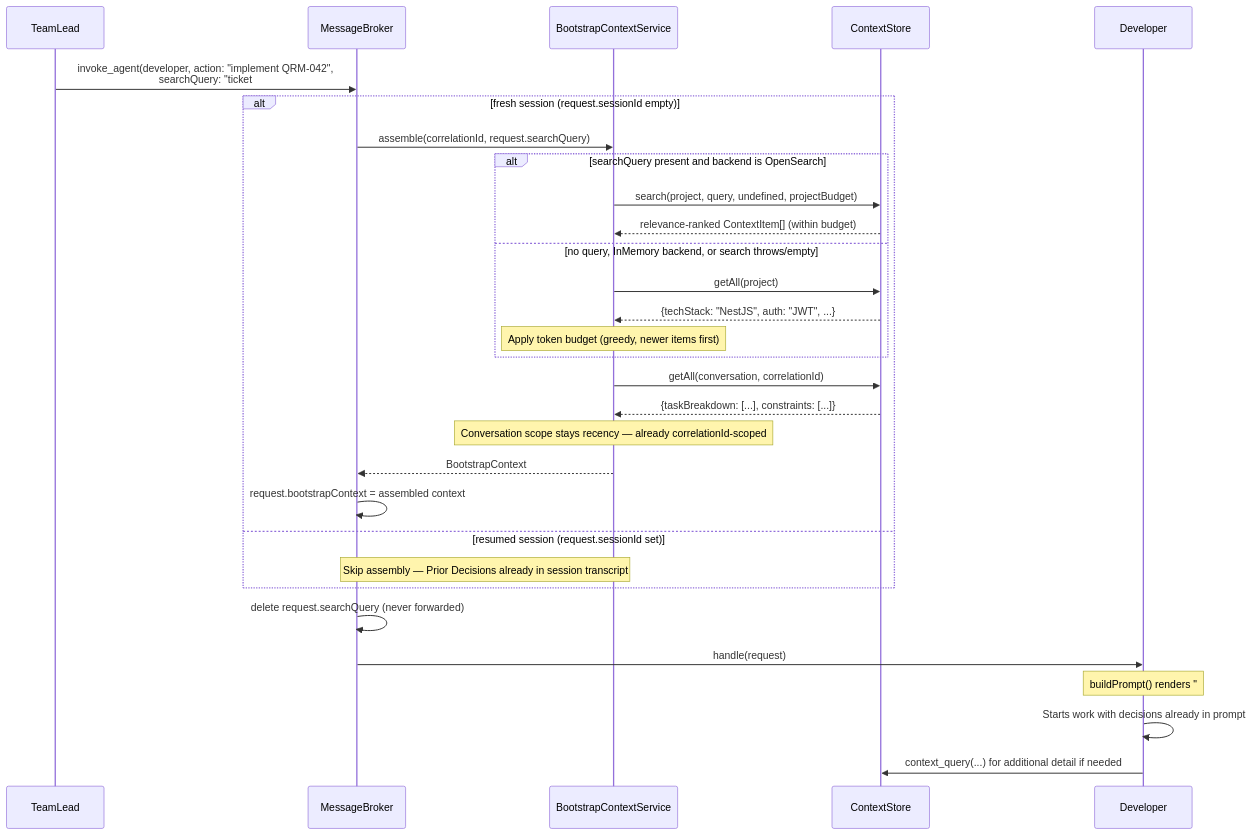
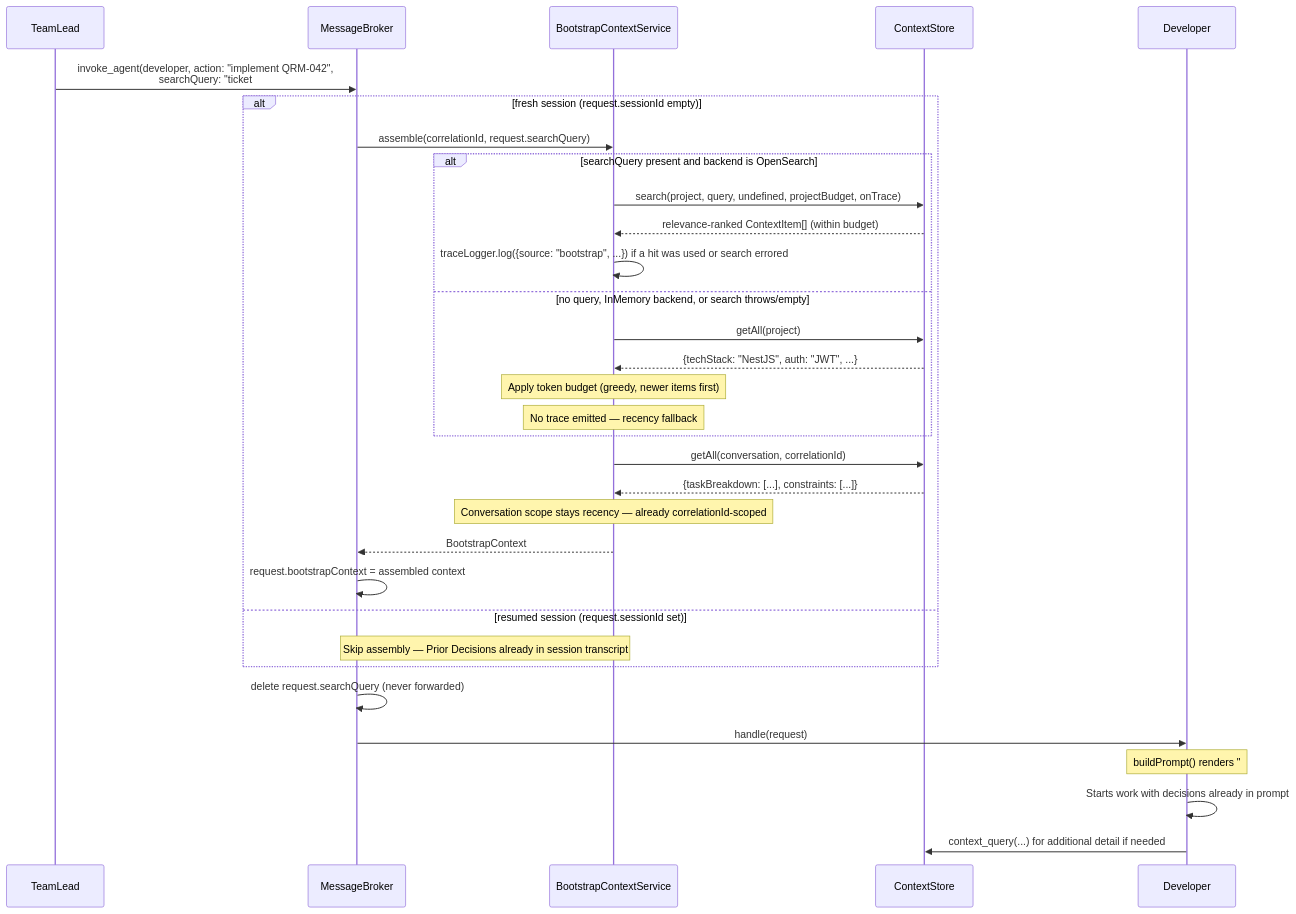
The fifth of 5 diagrams in docs/context-management.md (ia64mail/quorum), drawn with Mermaid before and after one commit. The commit also changed other lines of this file and 9 other files, not shown here.

First line of the commit message:
#70: implement bootstrap search observability — emit ContextSearchTrace with source discriminator

````diff
--- a/docs/context-management.md
+++ b/docs/context-management.md
@@ -318,37 +318,39 @@
 ```mermaid
 sequenceDiagram
     participant TL as TeamLead
     participant B as MessageBroker
     participant BCS as BootstrapContextService
     participant CS as ContextStore
     participant D as Developer
 
     TL->>B: invoke_agent(developer, action: "implement QRM-042",<br/>searchQuery: "ticket #42 ...")
 
     alt fresh session (request.sessionId empty)
         B->>BCS: assemble(correlationId, request.searchQuery)
         alt searchQuery present and backend is OpenSearch
-            BCS->>CS: search(project, query, undefined, projectBudget)
+            BCS->>CS: search(project, query, undefined, projectBudget, onTrace)
             CS-->>BCS: relevance-ranked ContextItem[] (within budget)
+            BCS->>BCS: traceLogger.log({source: "bootstrap", ...}) if a hit was used or search errored
         else no query, InMemory backend, or search throws/empty
             BCS->>CS: getAll(project)
             CS-->>BCS: {techStack: "NestJS", auth: "JWT", ...}
             Note over BCS: Apply token budget (greedy, newer items first)
+            Note over BCS: No trace emitted — recency fallback
         end
         BCS->>CS: getAll(conversation, correlationId)
         CS-->>BCS: {taskBreakdown: [...], constraints: [...]}
         Note over BCS: Conversation scope stays recency — already correlationId-scoped
         BCS-->>B: BootstrapContext
 
         B->>B: request.bootstrapContext = assembled context
     else resumed session (request.sessionId set)
         Note over B,BCS: Skip assembly — Prior Decisions already in session transcript
     end
     B->>B: delete request.searchQuery (never forwarded)
     B->>D: handle(request)
 
     Note over D: buildPrompt() renders "## Prior Decisions"<br/>with ### Project Context and ### Conversation Context
 
     D->>D: Starts work with decisions already in prompt
     D->>CS: context_query(...) for additional detail if needed
 ```
````
